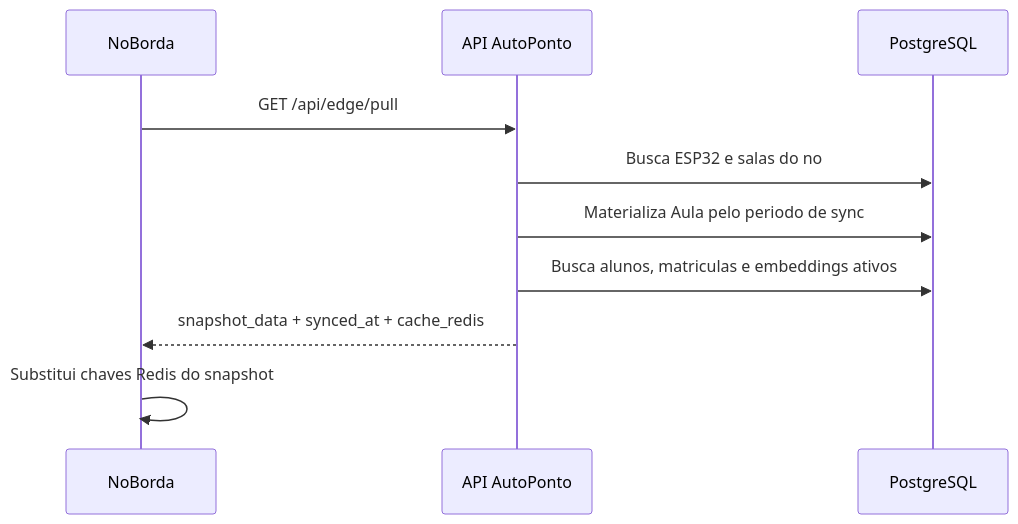
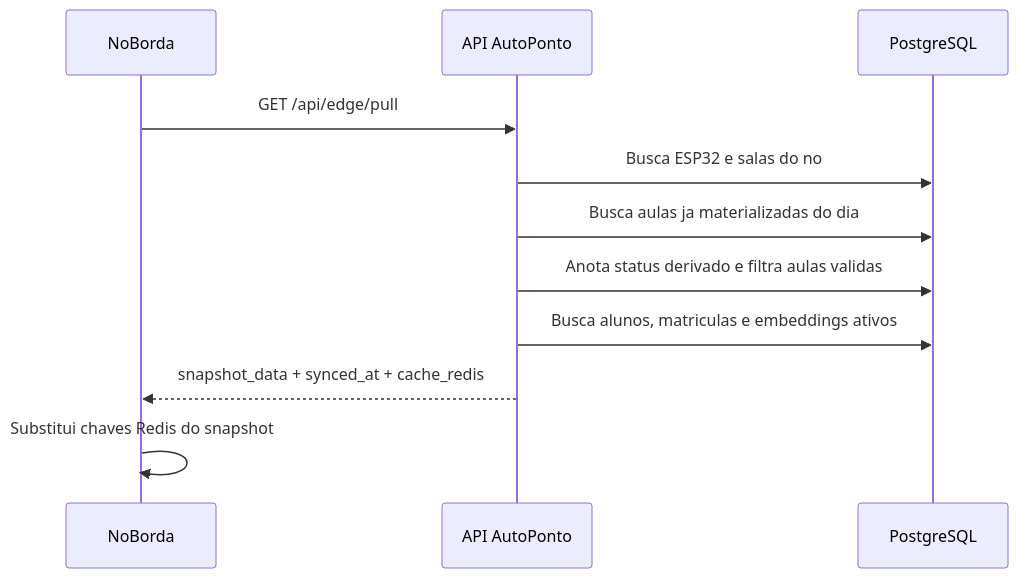
The fourth of 10 diagrams in autoponto-backend/docs/diagramas-tcc.md (DanielKGM/autoponto), drawn with Mermaid before and after one commit. The commit also changed other lines of this file and 17 other files, not shown here.

First line of the commit message:
Refactor API documentation and frontend structure; update requirements and improve user flows

````diff
--- a/autoponto-backend/docs/diagramas-tcc.md
+++ b/autoponto-backend/docs/diagramas-tcc.md
@@ -87,13 +91,14 @@
 ```mermaid
 sequenceDiagram
     participant Edge as NoBorda
     participant API as API AutoPonto
     participant DB as PostgreSQL
 
     Edge->>API: GET /api/edge/pull
     API->>DB: Busca ESP32 e salas do no
-    API->>DB: Materializa Aula pelo periodo de sync
+    API->>DB: Busca aulas ja materializadas do dia
+    API->>DB: Anota status derivado e filtra aulas validas
     API->>DB: Busca alunos, matriculas e embeddings ativos
     API-->>Edge: snapshot_data + synced_at + cache_redis
     Edge->>Edge: Substitui chaves Redis do snapshot
 ```
````
